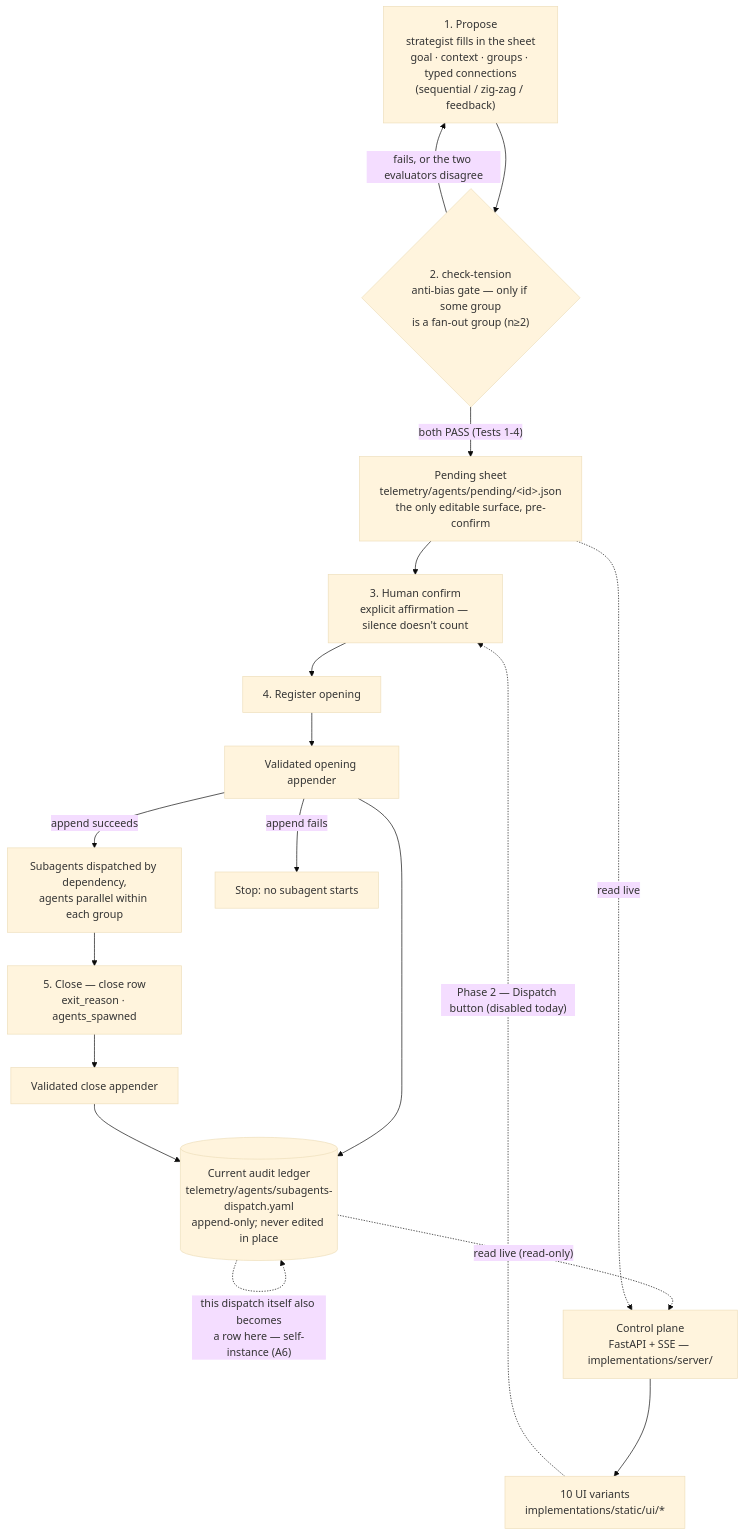
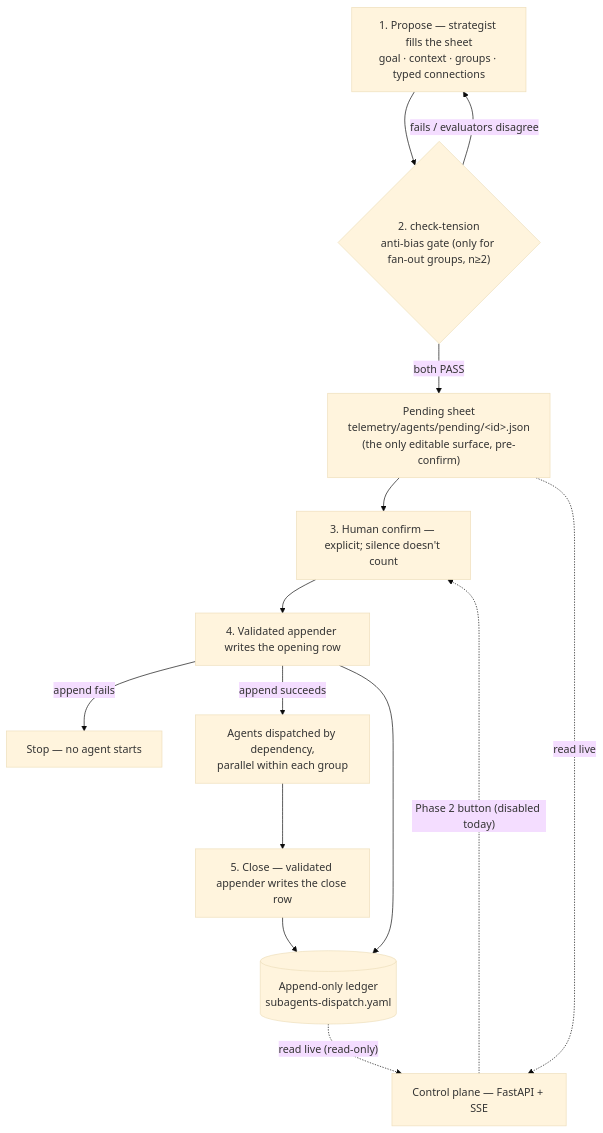
Before and after one commit to VictorBoscaro/cyberalchemy-orchestrator: the diagram in README.md, drawn with Mermaid (base theme). The commit also changed other lines of this file, not shown here.

````diff
--- a/README.md
+++ b/README.md
@@ -120,23 +114,16 @@
 ```mermaid
 flowchart TD
-    A["1. Propose<br/>strategist fills in the sheet<br/>goal · context · groups · typed connections<br/>(sequential / zig-zag / feedback)"]
-    B{"2. check-tension<br/>anti-bias gate — only if some group<br/>is a fan-out group (n≥2)"}
-    A --> B
-    B -- "fails, or the two evaluators disagree" --> A
-    B -- "both PASS (Tests 1-4)" --> P
-    P["Pending sheet<br/>telemetry/agents/pending/&lt;id&gt;.json<br/>the only editable surface, pre-confirm"]
-    P --> C["3. Human confirm<br/>explicit affirmation — silence doesn't count"]
-    C --> D["4. Register opening"]
-    D --> W["Validated opening appender"]
-    W --> L[("Current audit ledger<br/>telemetry/agents/subagents-dispatch.yaml<br/>append-only; never edited in place")]
-    W -- "append succeeds" --> E["Subagents dispatched by dependency,<br/>agents parallel within each group"]
-    W -- "append fails" --> X["Stop: no subagent starts"]
-    E --> F["5. Close — close row<br/>exit_reason · agents_spawned"]
-    F --> CW["Validated close appender"]
-    CW --> L
-    L -. "read live (read-only)" .-> UI["Control plane<br/>FastAPI + SSE — implementations/server/"]
+    A["1. Propose — strategist fills the sheet<br/>goal · context · groups · typed connections"] --> B{"2. check-tension<br/>anti-bias gate (only for fan-out groups, n≥2)"}
+    B -- "fails / evaluators disagree" --> A
+    B -- "both PASS" --> P["Pending sheet<br/>telemetry/agents/pending/&lt;id&gt;.json<br/>(the only editable surface, pre-confirm)"]
+    P --> C["3. Human confirm — explicit; silence doesn't count"]
+    C --> W["4. Validated appender writes the opening row"]
+    W -- "append fails" --> X["Stop — no agent starts"]
+    W -- "append succeeds" --> E["Agents dispatched by dependency,<br/>parallel within each group"]
+    E --> F["5. Close — validated appender writes the close row"]
+    W --> L[("Append-only ledger<br/>subagents-dispatch.yaml")]
+    F --> L
+    L -. "read live (read-only)" .-> UI["Control plane — FastAPI + SSE"]
     P -. "read live" .-> UI
-    UI --> V["10 UI variants<br/>implementations/static/ui/*"]
-    V -. "Phase 2 — Dispatch button (disabled today)" .-> C
-    L -. "this dispatch itself also becomes<br/>a row here — self-instance (A6)" .-> L
+    UI -. "Phase 2 button (disabled today)" .-> C
 ```
````
